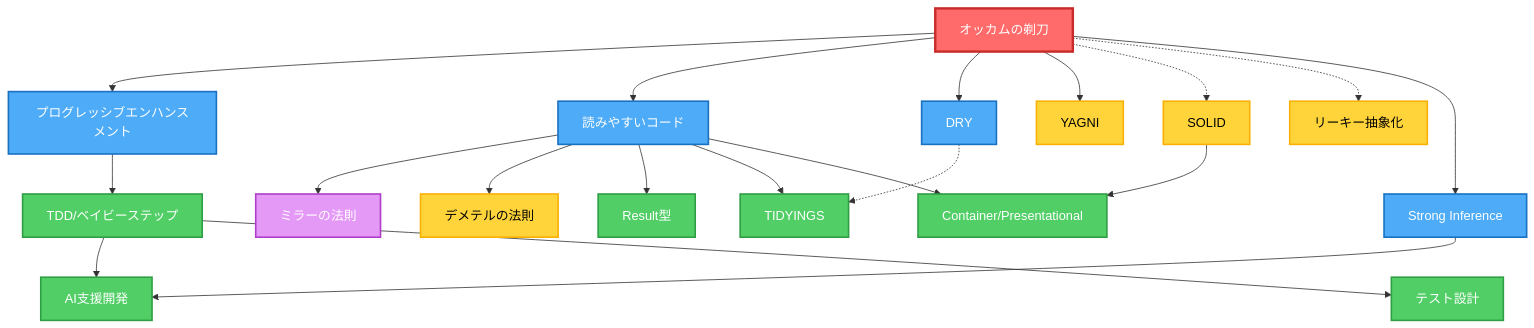
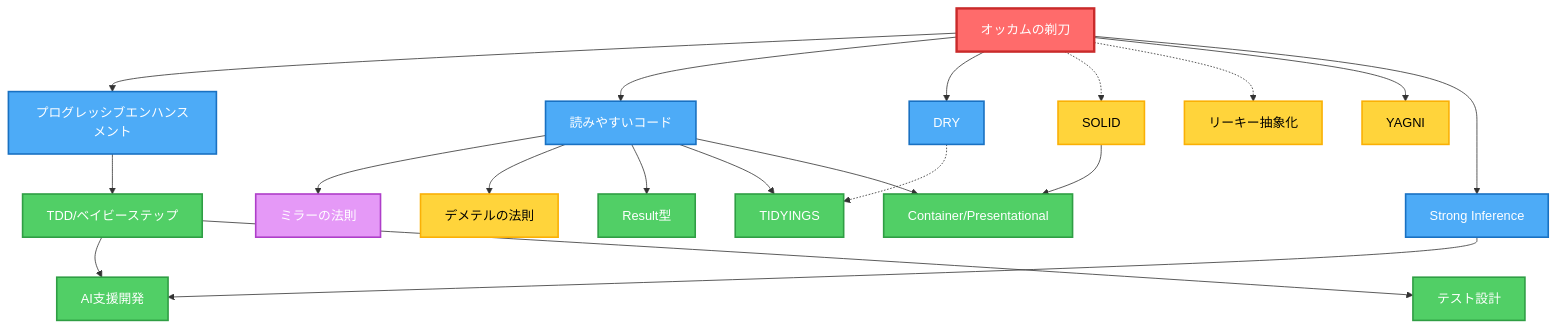
Before and after one commit to thkt/dotclaude: the diagram in .ja/rules/PRINCIPLES.md, drawn with Mermaid. The commit also changed other lines of this file and 6 other files, not shown here.

````diff
--- a/.ja/rules/PRINCIPLES.md
+++ b/.ja/rules/PRINCIPLES.md
@@ -24,50 +24,50 @@
 ```mermaid
 graph TD
     %% === ノード定義（階層別） ===
     OR[オッカムの剃刀]
     PE[プログレッシブエンハンスメント]
     RC[読みやすいコード]
     DRY[DRY]
     YAGNI[YAGNI]
     SOLID[SOLID]
     LA[リーキー抽象化]
     ML[ミラーの法則]
     LoD[デメテルの法則]
     TDD[TDD/ベイビーステップ]
     CP[Container/Presentational]
     TIDY[TIDYINGS]
     AI[AI支援開発]
     TD[テスト設計]
     RT[Result型]
     SI[Strong Inference]
 
     %% === エッジ（オッカムの剃刀から） ===
     OR --> PE & RC & DRY
+    OR -.-> SOLID & LA
     OR --> YAGNI
-    OR -.-> SOLID & LA
     OR --> SI
 
     %% === エッジ（普遍的原則から） ===
     RC --> ML & LoD
     PE --> TDD
     RC --> RT & TIDY & CP
     DRY -.-> TIDY
     SOLID --> CP
     SI --> AI
 
     %% === エッジ（適用プラクティスから） ===
     TDD --> AI & TD
 
     %% === スタイル ===
     classDef meta fill:#ff6b6b,stroke:#c92a2a,stroke-width:3px,color:#fff
     classDef universal fill:#4dabf7,stroke:#1971c2,stroke-width:2px,color:#fff
     classDef applied fill:#51cf66,stroke:#2f9e44,stroke-width:2px,color:#fff
     classDef contextual fill:#ffd43b,stroke:#fab005,stroke-width:2px,color:#000
     classDef scientific fill:#e599f7,stroke:#ae3ec9,stroke-width:2px,color:#fff
 
     class OR meta
     class PE,RC,DRY,SI universal
     class TDD,CP,TIDY,AI,TD,RT applied
     class SOLID,YAGNI,LoD,LA contextual
     class ML scientific
 ```
````
